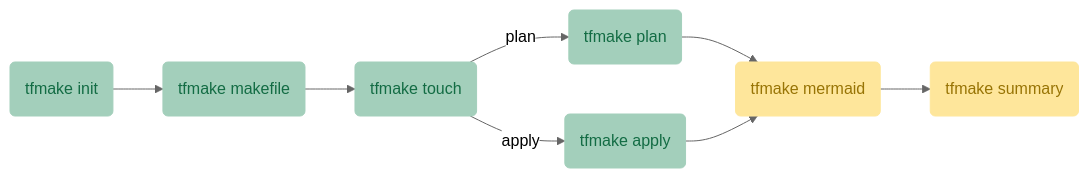
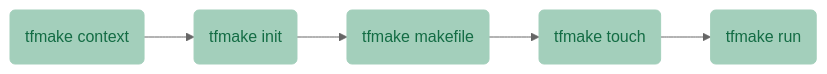
One commit to tfmake/tfmake changed the diagram in README.md. Above: the diagram before and after it, drawn with Mermaid (neutral theme). The commit also changed other lines of this file and 19 other files, not shown here.

Commit message:
feat!: add context and replace plan/apply subcommands by run

````diff
--- a/README.md
+++ b/README.md
@@ -47,28 +49,20 @@
 ```mermaid
 flowchart LR
 
 classDef primary fill:#a3cfbb,stroke:#a3cfbb,color:#136c44;
 classDef secondary fill:#fee69b,stroke:#fee69b,color:#987405;
 
+context("tfmake context")
 init("tfmake init")
 makefile("tfmake makefile")
 touch("tfmake touch")
-plan("tfmake plan")
-apply("tfmake apply")
-mermaid("tfmake mermaid")
-summary("tfmake summary")
+run("tfmake run")
 
-init --> makefile --> touch
-touch -- plan --> plan
-touch -- apply --> apply
-plan & apply --> mermaid --> summary
+context --> init --> makefile --> touch --> run
 
+context:::primary
 init:::primary
 makefile:::primary
 touch:::primary
-plan:::primary
-apply:::primary
-
-mermaid:::secondary
-summary:::secondary
+run:::primary
 ```
````
